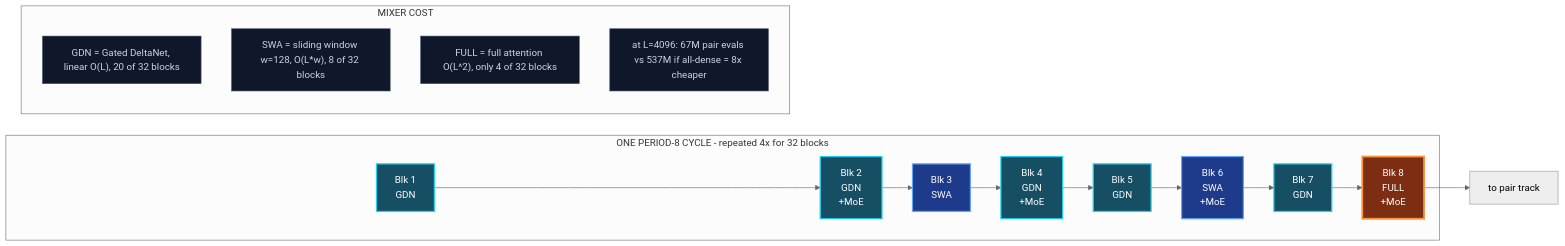
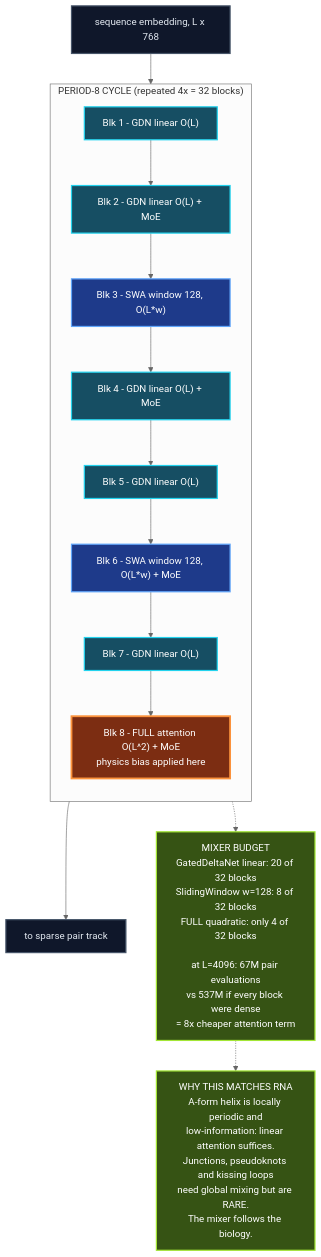
Before and after one commit to E-Motioner-X-SBS/sbs-rna: the diagram in research/architecture/diagrams/02-token-trunk.mmd, drawn with Mermaid (neutral theme). The commit also changed 5 other files, not shown here.

```diff
--- a/research/architecture/diagrams/02-token-trunk.mmd
+++ b/research/architecture/diagrams/02-token-trunk.mmd
@@ -1,30 +1,36 @@
-graph LR
-    subgraph CYCLE["ONE PERIOD-8 CYCLE - repeated 4x for 32 blocks"]
-        B1["Blk 1<br/>GDN"]
-        B2["Blk 2<br/>GDN<br/>+MoE"]
-        B3["Blk 3<br/>SWA"]
-        B4["Blk 4<br/>GDN<br/>+MoE"]
-        B5["Blk 5<br/>GDN"]
-        B6["Blk 6<br/>SWA<br/>+MoE"]
-        B7["Blk 7<br/>GDN"]
-        B8["Blk 8<br/>FULL<br/>+MoE"]
-        B1 --> B2 --> B3 --> B4 --> B5 --> B6 --> B7 --> B8
+graph TB
+    IN["sequence embedding, L x 768"]
+
+    subgraph C1["PERIOD-8 CYCLE (repeated 4x = 32 blocks)"]
+        direction TB
+        R1["Blk 1 - GDN linear O(L)"]
+        R2["Blk 2 - GDN linear O(L) + MoE"]
+        R3["Blk 3 - SWA window 128, O(L*w)"]
+        R4["Blk 4 - GDN linear O(L) + MoE"]
+        R5["Blk 5 - GDN linear O(L)"]
+        R6["Blk 6 - SWA window 128, O(L*w) + MoE"]
+        R7["Blk 7 - GDN linear O(L)"]
+        R8["Blk 8 - FULL attention O(L^2) + MoE<br/>physics bias applied here"]
+        R1 --> R2 --> R3 --> R4 --> R5 --> R6 --> R7 --> R8
     end
 
-    B8 --> OUT["to pair track"]
+    IN --> R1
+    R8 --> OUT["to sparse pair track"]
 
-    subgraph LEGEND["MIXER COST"]
-        L1["GDN = Gated DeltaNet, linear O(L), 20 of 32 blocks"]
-        L2["SWA = sliding window w=128, O(L*w), 8 of 32 blocks"]
-        L3["FULL = full attention O(L^2), only 4 of 32 blocks"]
-        L4["at L=4096: 67M pair evals vs 537M if all-dense = 8x cheaper"]
-    end
+    COST["MIXER BUDGET<br/>GatedDeltaNet linear: 20 of 32 blocks<br/>SlidingWindow w=128: 8 of 32 blocks<br/>FULL quadratic: only 4 of 32 blocks<br/><br/>at L=4096: 67M pair evaluations<br/>vs 537M if every block were dense<br/>= 8x cheaper attention term"]
+
+    BIO["WHY THIS MATCHES RNA<br/>A-form helix is locally periodic and<br/>low-information: linear attention suffices.<br/>Junctions, pseudoknots and kissing loops<br/>need global mixing but are RARE.<br/>The mixer follows the biology."]
+
+    R8 -.-> COST
+    COST -.-> BIO
 
     classDef gdn fill:#164e63,stroke:#22d3ee,stroke-width:2px,color:#fff
     classDef swa fill:#1e3a8a,stroke:#60a5fa,stroke-width:2px,color:#fff
     classDef full fill:#7c2d12,stroke:#fb923c,stroke-width:3px,color:#fff
-    classDef leg fill:#0f172a,stroke:#475569,stroke-width:1px,color:#cbd5e1
-    class B1,B2,B4,B5,B7 gdn
-    class B3,B6 swa
-    class B8 full
-    class L1,L2,L3,L4 leg
+    classDef note fill:#365314,stroke:#a3e635,stroke-width:2px,color:#fff
+    classDef io fill:#0f172a,stroke:#475569,stroke-width:2px,color:#e2e8f0
+    class R1,R2,R4,R5,R7 gdn
+    class R3,R6 swa
+    class R8 full
+    class COST,BIO note
+    class IN,OUT io
```
